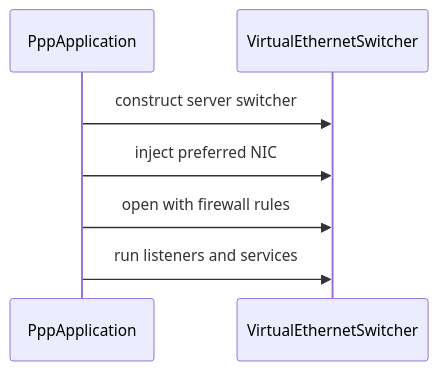
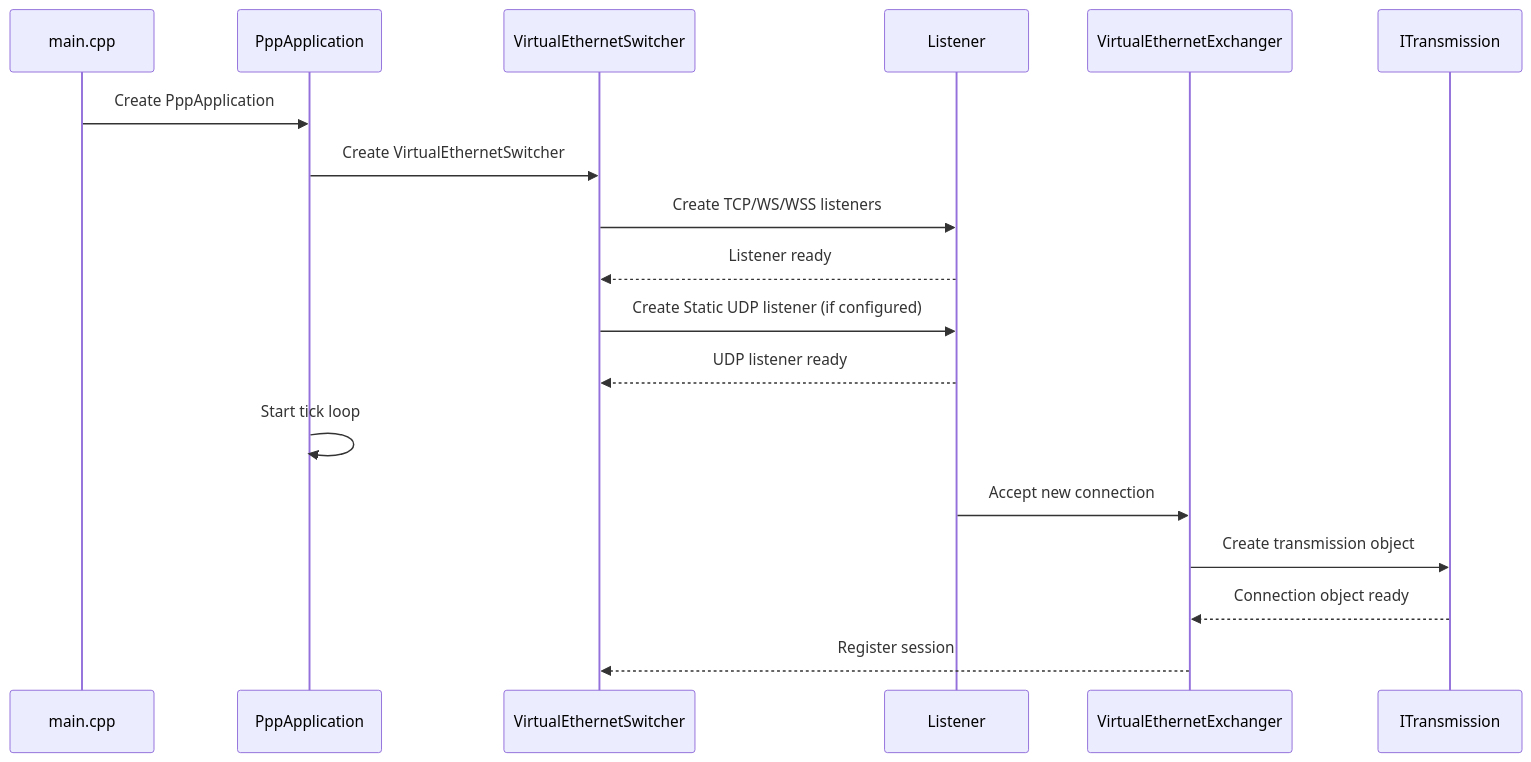
Before and after one commit to HyacinthHaru/openppp2: the fifth of 7 diagrams in docs/STARTUP_AND_LIFECYCLE.md, drawn with Mermaid. The commit also changed other lines of this file and 31 other files, not shown here.

````diff
--- a/docs/STARTUP_AND_LIFECYCLE.md
+++ b/docs/STARTUP_AND_LIFECYCLE.md
@@ -216,9 +290,21 @@
 ```mermaid
 sequenceDiagram
+    participant M as main.cpp
     participant P as PppApplication
     participant S as VirtualEthernetSwitcher
-    P->>S: construct server switcher
-    P->>S: inject preferred NIC
-    P->>S: open with firewall rules
-    P->>S: run listeners and services
+    participant L as Listener
+    participant E as VirtualEthernetExchanger
+    participant T as ITransmission
+    
+    M->>P: Create PppApplication
+    P->>S: Create VirtualEthernetSwitcher
+    S->>L: Create TCP/WS/WSS listeners
+    L-->>S: Listener ready
+    S->>L: Create Static UDP listener (if configured)
+    L-->>S: UDP listener ready
+    P->>P: Start tick loop
+    L->>E: Accept new connection
+    E->>T: Create transmission object
+    T-->>E: Connection object ready
+    E-->>S: Register session
 ```
````
